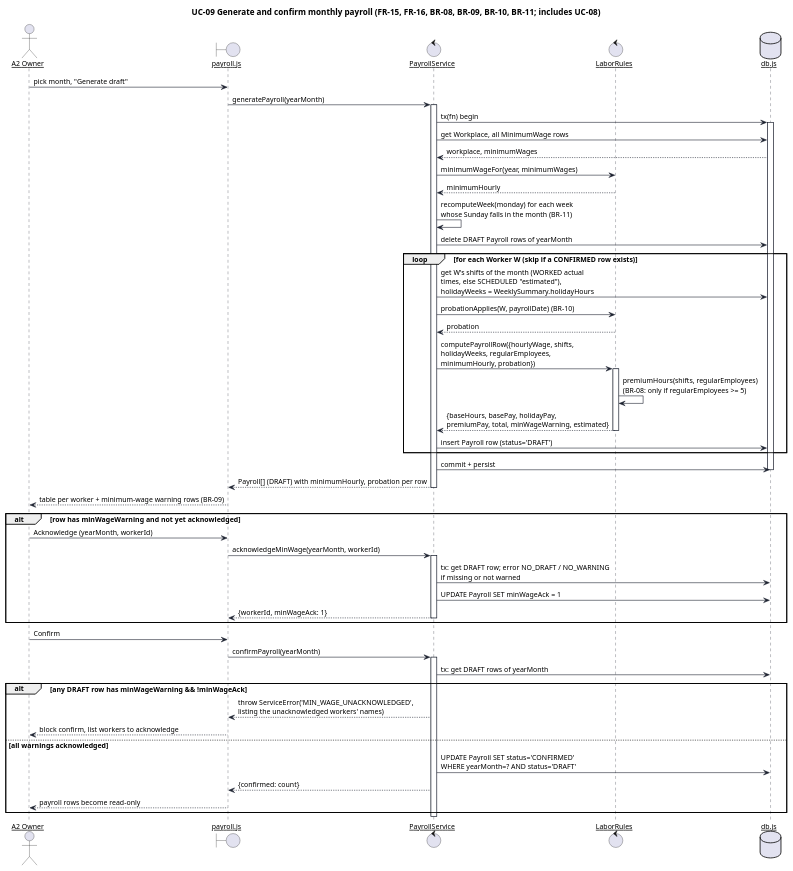
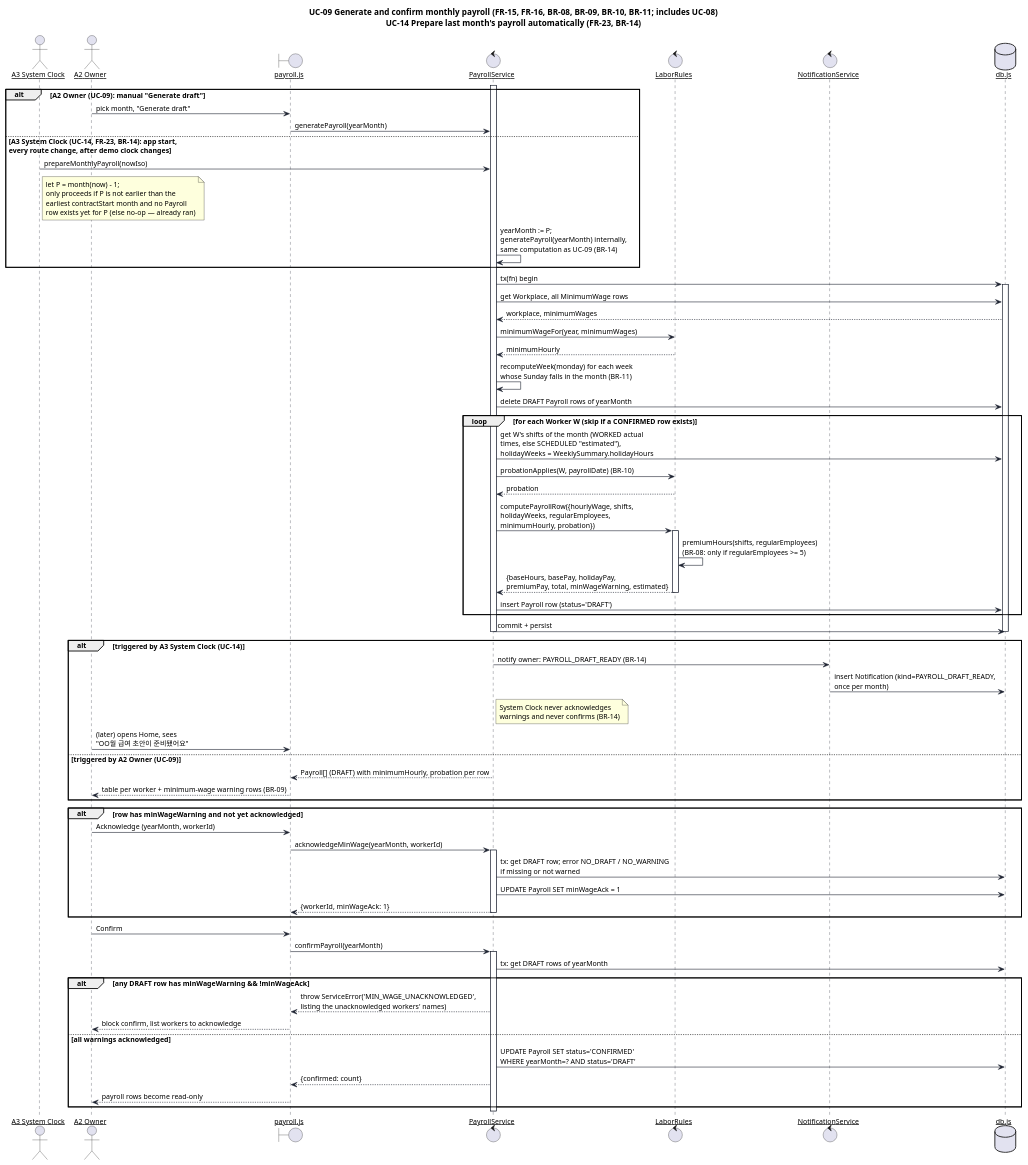
One commit to keemlogan/shiftswap changed the diagram in uml/src/seq-4-payroll.puml. Above: the diagram before and after it, drawn with PlantUML. The commit also changed 58 other files, not shown here.

Commit message:
Iteration 7: contract work history and automatic monthly payroll draft; team e-mails; reproduction run 4 (89/89); report 130 pages

```diff
--- a/uml/src/seq-4-payroll.puml
+++ b/uml/src/seq-4-payroll.puml
@@ -1,82 +1,99 @@
 @startuml seq-4-payroll
 skinparam defaultFontName "Helvetica"
 skinparam defaultFontSize 12
 skinparam shadowing false
 skinparam backgroundColor #FFFFFF
 skinparam sequenceArrowThickness 1
 skinparam sequenceParticipant underline
 skinparam participant {
   BackgroundColor #FFFFFF
   BorderColor #1C2230
 }
 skinparam sequence {
   LifeLineBorderColor #1C2230
   ArrowColor #1C2230
   BoxBorderColor #1C2230
 }
 
-title UC-09 Generate and confirm monthly payroll (FR-15, FR-16, BR-08, BR-09, BR-10, BR-11; includes UC-08)
+title UC-09 Generate and confirm monthly payroll (FR-15, FR-16, BR-08, BR-09, BR-10, BR-11; includes UC-08)\nUC-14 Prepare last month's payroll automatically (FR-23, BR-14)
 
+actor "A3 System Clock" as Clock
 actor "A2 Owner" as Owner
 boundary "payroll.js" as UI
 control "PayrollService" as Svc
 control "LaborRules" as Rules
+control "NotificationService" as Notif
 database "db.js" as DB
 
-Owner -> UI : pick month, "Generate draft"
-UI -> Svc : generatePayroll(yearMonth)
+alt A2 Owner (UC-09): manual "Generate draft"
+  Owner -> UI : pick month, "Generate draft"
+  UI -> Svc : generatePayroll(yearMonth)
+else A3 System Clock (UC-14, FR-23, BR-14): app start,\nevery route change, after demo clock changes
+  Clock -> Svc : prepareMonthlyPayroll(nowIso)
+  note right of Clock : let P = month(now) - 1;\nonly proceeds if P is not earlier than the\nearliest contractStart month and no Payroll\nrow exists yet for P (else no-op — already ran)
+  Svc -> Svc : yearMonth := P;\ngeneratePayroll(yearMonth) internally,\nsame computation as UC-09 (BR-14)
+end
+
 activate Svc
 Svc -> DB : tx(fn) begin
 activate DB
 Svc -> DB : get Workplace, all MinimumWage rows
 DB --> Svc : workplace, minimumWages
 
 Svc -> Rules : minimumWageFor(year, minimumWages)
 Rules --> Svc : minimumHourly
 
 Svc -> Svc : recomputeWeek(monday) for each week\nwhose Sunday falls in the month (BR-11)
 Svc -> DB : delete DRAFT Payroll rows of yearMonth
 
 loop for each Worker W (skip if a CONFIRMED row exists)
   Svc -> DB : get W's shifts of the month (WORKED actual\ntimes, else SCHEDULED "estimated"),\nholidayWeeks = WeeklySummary.holidayHours
   Svc -> Rules : probationApplies(W, payrollDate) (BR-10)
   Rules --> Svc : probation
   Svc -> Rules : computePayrollRow({hourlyWage, shifts,\nholidayWeeks, regularEmployees,\nminimumHourly, probation})
   activate Rules
   Rules -> Rules : premiumHours(shifts, regularEmployees)\n(BR-08: only if regularEmployees >= 5)
   Rules --> Svc : {baseHours, basePay, holidayPay,\npremiumPay, total, minWageWarning, estimated}
   deactivate Rules
   Svc -> DB : insert Payroll row (status='DRAFT')
 end
 
 Svc -> DB : commit + persist
 deactivate DB
-Svc --> UI : Payroll[] (DRAFT) with minimumHourly, probation per row
 deactivate Svc
-UI --> Owner : table per worker + minimum-wage warning rows (BR-09)
+
+alt triggered by A3 System Clock (UC-14)
+  Svc -> Notif : notify owner: PAYROLL_DRAFT_READY (BR-14)
+  Notif -> DB : insert Notification (kind=PAYROLL_DRAFT_READY,\nonce per month)
+  note right of Svc : System Clock never acknowledges\nwarnings and never confirms (BR-14)
+  Owner -> UI : (later) opens Home, sees\n"OO월 급여 초안이 준비됐어요"
+else triggered by A2 Owner (UC-09)
+  Svc --> UI : Payroll[] (DRAFT) with minimumHourly, probation per row
+  UI --> Owner : table per worker + minimum-wage warning rows (BR-09)
+end
 
 alt row has minWageWarning and not yet acknowledged
   Owner -> UI : Acknowledge (yearMonth, workerId)
   UI -> Svc : acknowledgeMinWage(yearMonth, workerId)
   activate Svc
   Svc -> DB : tx: get DRAFT row; error NO_DRAFT / NO_WARNING\nif missing or not warned
   Svc -> DB : UPDATE Payroll SET minWageAck = 1
   Svc --> UI : {workerId, minWageAck: 1}
   deactivate Svc
 end
 
 Owner -> UI : Confirm
 UI -> Svc : confirmPayroll(yearMonth)
 activate Svc
 Svc -> DB : tx: get DRAFT rows of yearMonth
 
 alt any DRAFT row has minWageWarning && !minWageAck
   Svc --> UI : throw ServiceError('MIN_WAGE_UNACKNOWLEDGED',\nlisting the unacknowledged workers' names)
   UI --> Owner : block confirm, list workers to acknowledge
 else all warnings acknowledged
   Svc -> DB : UPDATE Payroll SET status='CONFIRMED'\nWHERE yearMonth=? AND status='DRAFT'
   Svc --> UI : {confirmed: count}
   UI --> Owner : payroll rows become read-only
 end
 deactivate Svc
 @enduml
```
